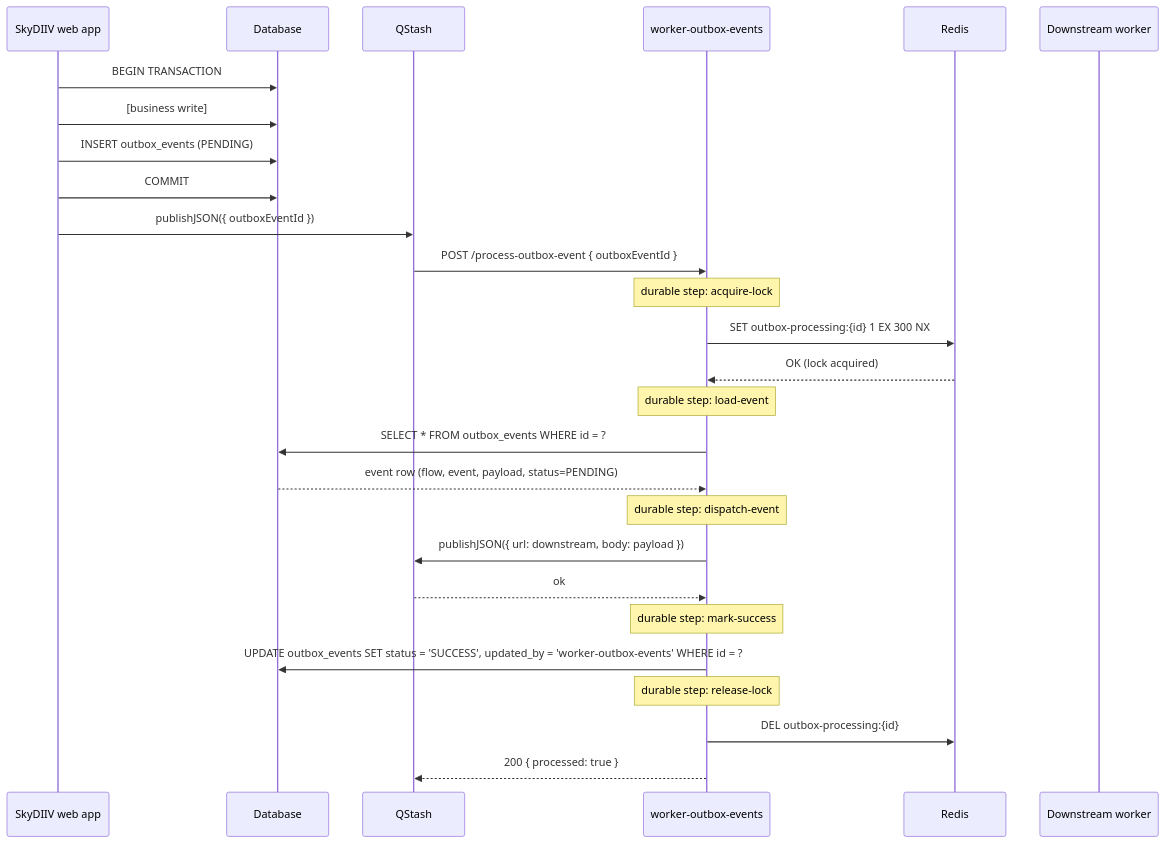
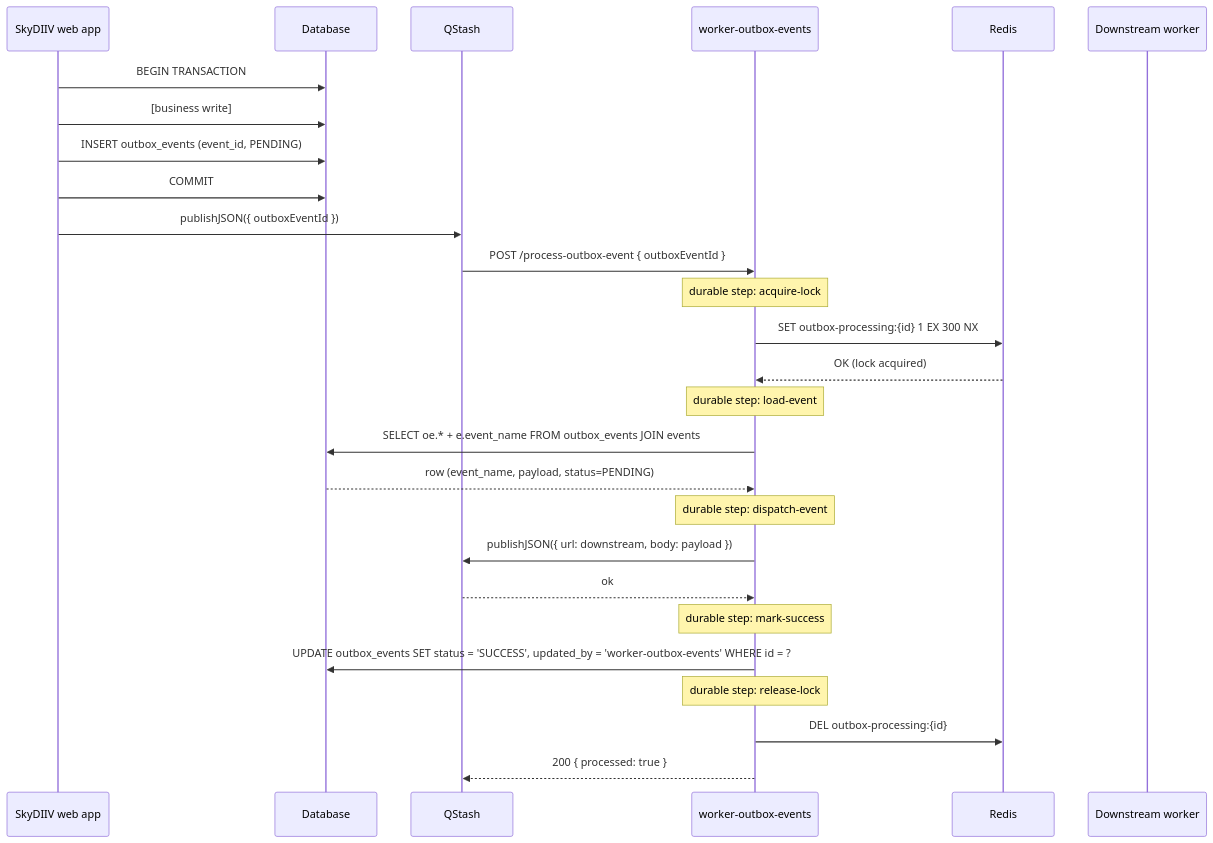
Before and after one commit to emmanuelviniciusdev/SkyDIIV--backstage: the second of 2 diagrams in apps/worker-outbox-events/docs/PROCESS_OUTBOX_EVENT.md, drawn with Mermaid. The commit also changed other lines of this file and 16 other files, not shown here.

Commit message:
refactor(worker-outbox-events): route outbox events by event_name and broker_name

````diff
--- a/apps/worker-outbox-events/docs/PROCESS_OUTBOX_EVENT.md
+++ b/apps/worker-outbox-events/docs/PROCESS_OUTBOX_EVENT.md
@@ -364,31 +374,31 @@
 ```mermaid
 sequenceDiagram
     participant WEB as SkyDIIV web app
     participant DB as Database
     participant MQ as QStash
     participant WORKER as worker-outbox-events
     participant REDIS as Redis
     participant DS as Downstream worker
 
     WEB->>DB: BEGIN TRANSACTION
     WEB->>DB: [business write]
-    WEB->>DB: INSERT outbox_events (PENDING)
+    WEB->>DB: INSERT outbox_events (event_id, PENDING)
     WEB->>DB: COMMIT
     WEB->>MQ: publishJSON({ outboxEventId })
 
     MQ->>WORKER: POST /process-outbox-event { outboxEventId }
     Note over WORKER: durable step: acquire-lock
     WORKER->>REDIS: SET outbox-processing:{id} 1 EX 300 NX
     REDIS-->>WORKER: OK (lock acquired)
     Note over WORKER: durable step: load-event
-    WORKER->>DB: SELECT * FROM outbox_events WHERE id = ?
-    DB-->>WORKER: event row (flow, event, payload, status=PENDING)
+    WORKER->>DB: SELECT oe.* + e.event_name FROM outbox_events JOIN events
+    DB-->>WORKER: row (event_name, payload, status=PENDING)
     Note over WORKER: durable step: dispatch-event
     WORKER->>MQ: publishJSON({ url: downstream, body: payload })
     MQ-->>WORKER: ok
     Note over WORKER: durable step: mark-success
     WORKER->>DB: UPDATE outbox_events SET status = 'SUCCESS', updated_by = 'worker-outbox-events' WHERE id = ?
     Note over WORKER: durable step: release-lock
     WORKER->>REDIS: DEL outbox-processing:{id}
     WORKER-->>MQ: 200 { processed: true }
 ```
````
